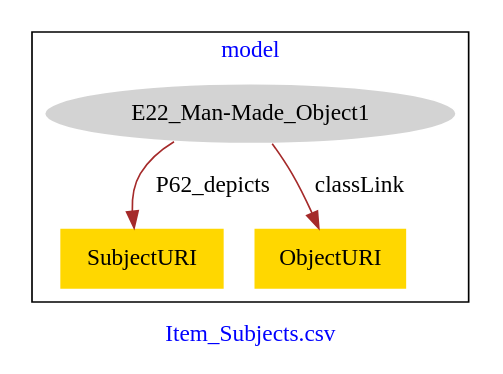
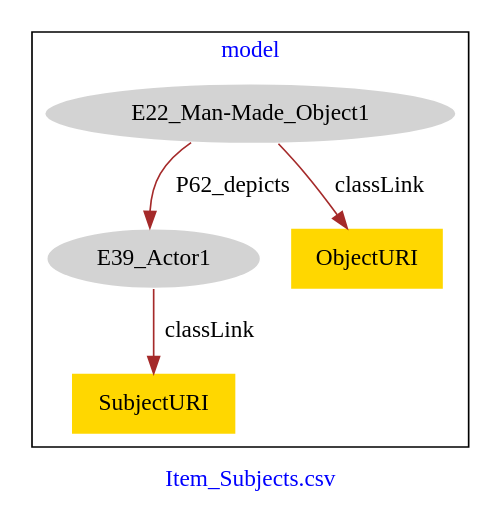
Before and after one commit to american-art/aaa: the diagram in Item_Subjects/Item_Subjects-model.dot, drawn with Graphviz.

Commit message:
Update file Item_Subjects-model.dot

```diff
--- a/Item_Subjects/Item_Subjects-model.dot
+++ b/Item_Subjects/Item_Subjects-model.dot
@@ -1,13 +1,15 @@
 digraph n0 {
 fontcolor="blue"
 remincross="true"
 label="Item_Subjects.csv"
 subgraph cluster {
 label="model"
 n2[style="filled",color="white",fillcolor="lightgray",label="E22_Man-Made_Object1"];
-n3[shape="plaintext",style="filled",fillcolor="gold",label="SubjectURI"];
-n4[shape="plaintext",style="filled",fillcolor="gold",label="ObjectURI"];
+n3[style="filled",color="white",fillcolor="lightgray",label="E39_Actor1"];
+n4[shape="plaintext",style="filled",fillcolor="gold",label="SubjectURI"];
+n5[shape="plaintext",style="filled",fillcolor="gold",label="ObjectURI"];
 }
 n2 -> n3[color="brown",fontcolor="black",label="P62_depicts"]
-n2 -> n4[color="brown",fontcolor="black",label="classLink"]
+n3 -> n4[color="brown",fontcolor="black",label="classLink"]
+n2 -> n5[color="brown",fontcolor="black",label="classLink"]
 }
```
